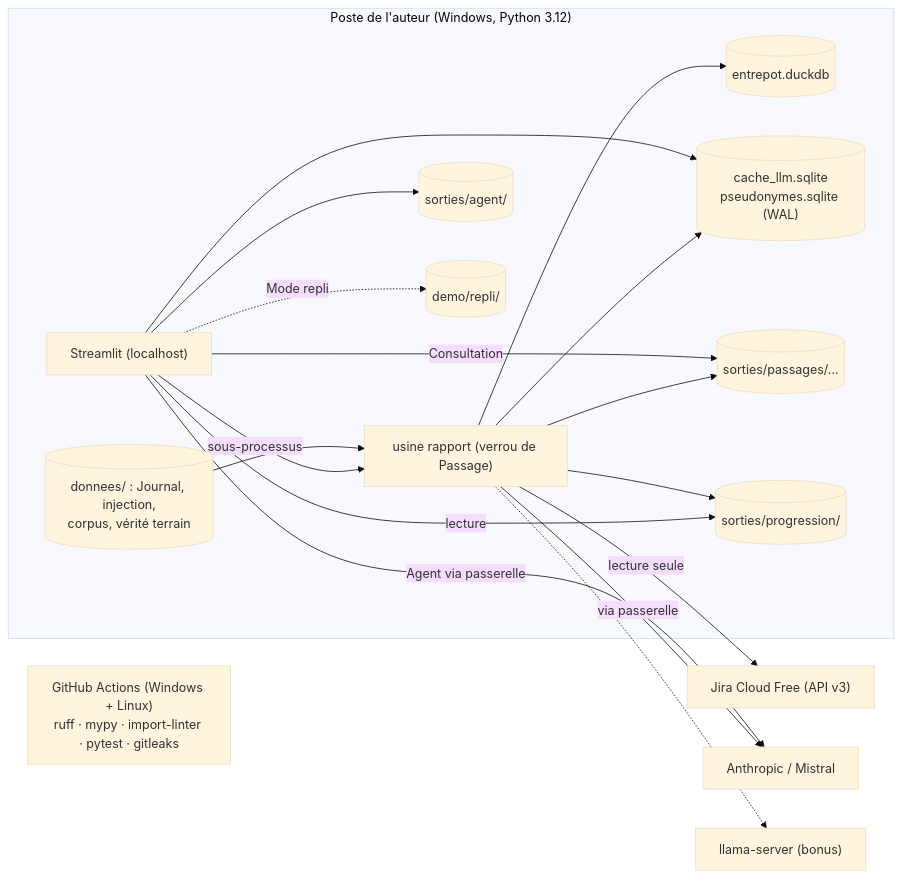
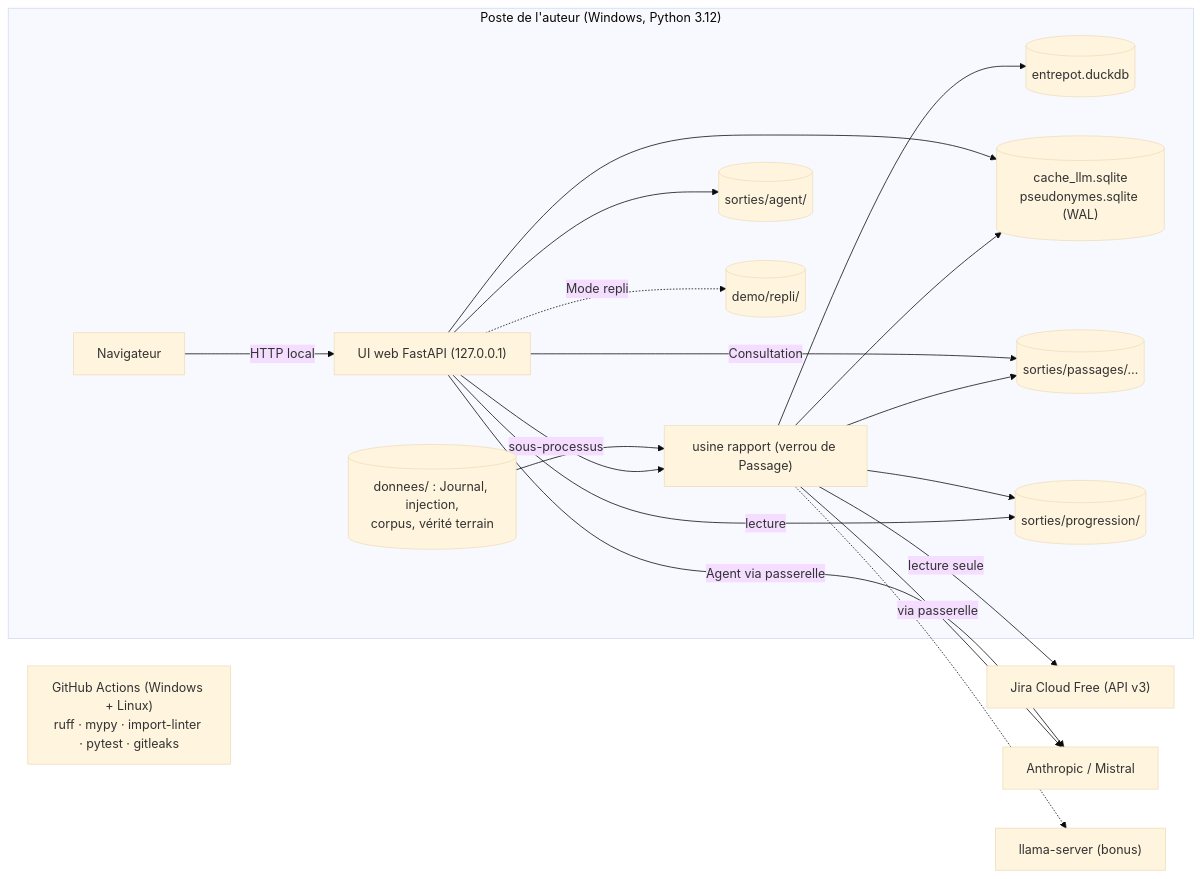
The third of 5 diagrams in _bmad-output/planning-artifacts/architecture/architecture-usine-migration-jira-demo-2026-10-10/ARCHITECTURE-SPINE.md (Aliquanto3/usine-migration-jira-demo), drawn with Mermaid (base theme) before and after one commit. The commit also changed other lines of this file and 5 other files, not shown here.

Commit message:
Docs: correct course UI FastAPI + HTML statique (SCP 2026-10-17, AD-25, stories 7.13 à 7.17)

````diff
--- a/_bmad-output/planning-artifacts/architecture/architecture-usine-migration-jira-demo-2026-10-10/ARCHITECTURE-SPINE.md
+++ b/_bmad-output/planning-artifacts/architecture/architecture-usine-migration-jira-demo-2026-10-10/ARCHITECTURE-SPINE.md
@@ -483,29 +500,31 @@
 ```mermaid
 flowchart LR
   subgraph Poste["Poste de l'auteur (Windows, Python 3.12)"]
-    UI["Streamlit (localhost)"]
+    NAV["Navigateur"]
+    UI["UI web FastAPI (127.0.0.1)"]
     CLI["usine rapport (verrou de Passage)"]
     ENT[("entrepot.duckdb")]
     SQL[("cache_llm.sqlite<br/>pseudonymes.sqlite (WAL)")]
     PASS[("sorties/passages/…")]
     PROG[("sorties/progression/")]
     AG[("sorties/agent/")]
     DON[("donnees/ : Journal, injection,<br/>corpus, vérité terrain")]
     REP[("demo/repli/")]
   end
   JC["Jira Cloud Free (API v3)"]
   LLM["Anthropic / Mistral"]
   LOC["llama-server (bonus)"]
   GH["GitHub Actions (Windows + Linux)<br/>ruff · mypy · import-linter · pytest · gitleaks"]
+  NAV -- HTTP local --> UI
   UI -- sous-processus --> CLI
   UI -- lecture --> PROG
   CLI --> PROG & PASS & ENT & SQL
   DON --> CLI
   CLI -- lecture seule --> JC
   CLI -- via passerelle --> LLM
   CLI -.-> LOC
   UI -- Consultation --> PASS
   UI -- Agent via passerelle --> LLM
   UI --> SQL & AG
   UI -. Mode repli .-> REP
 ```
````
